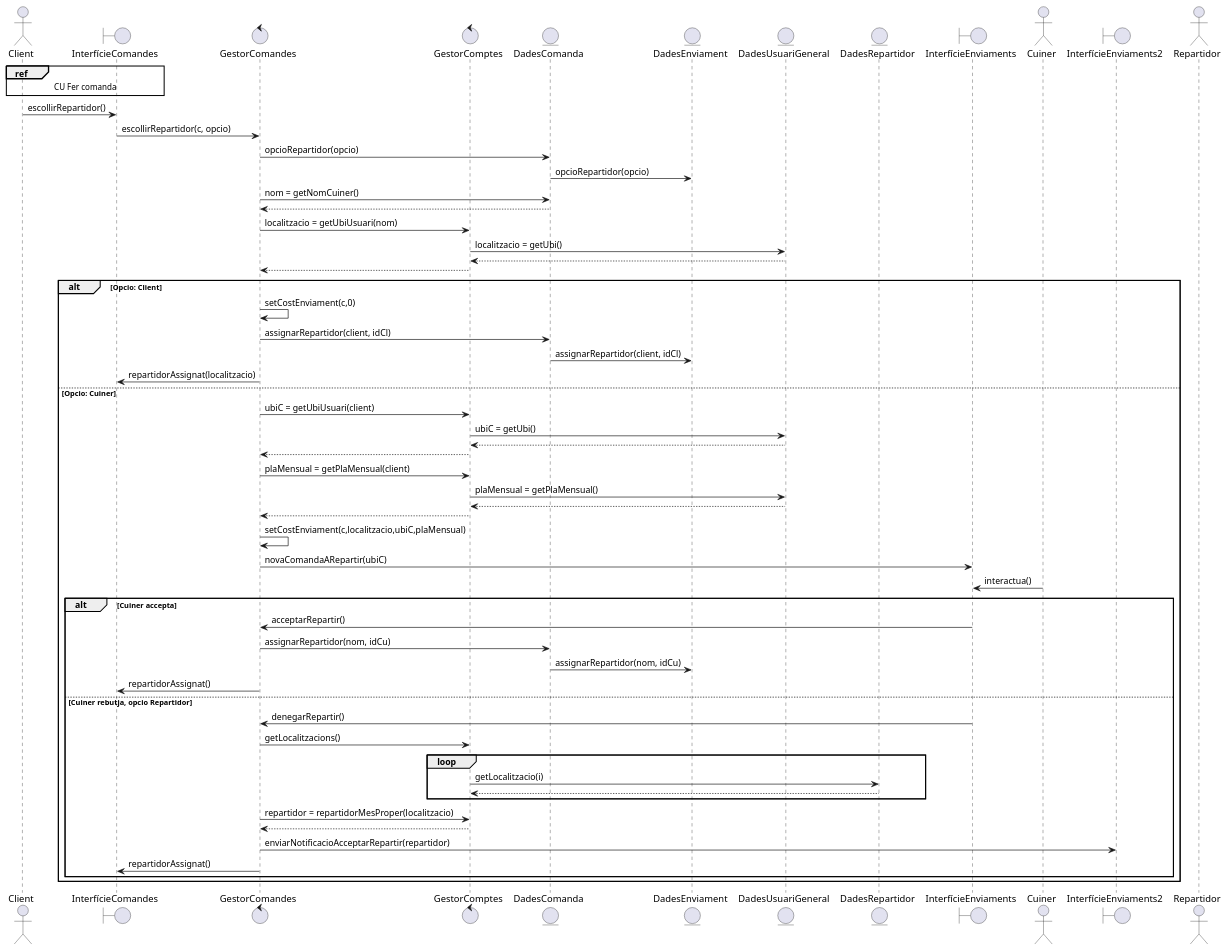
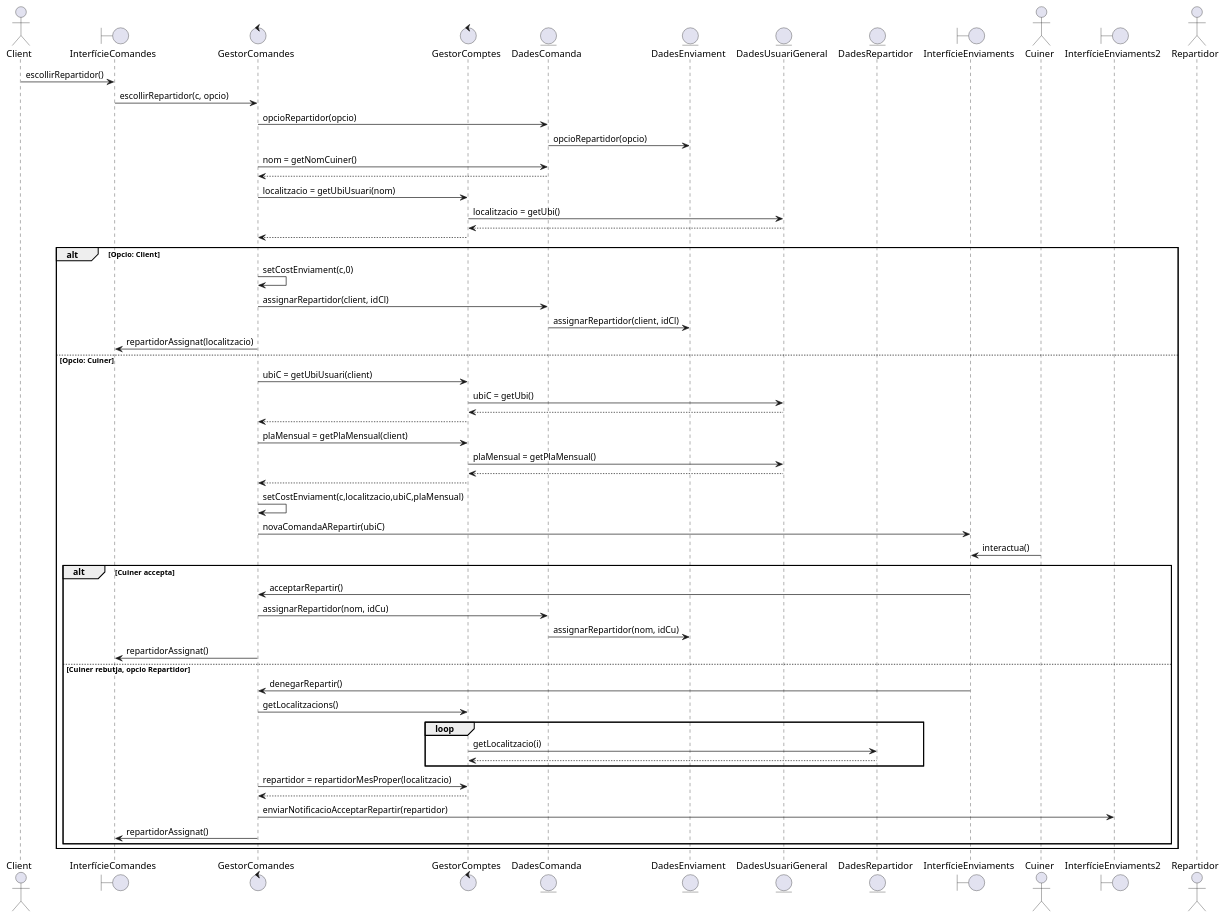
One commit to martipages/ES23UAB431-02 changed the diagram in documents/Diagrames i Especificacions/Seqüencia/Marc Sala/4. Escollir qui reparteix.puml. Above: the diagram before and after it, drawn with PlantUML. The commit also changed 6 other files, not shown here.

```diff
--- a/documents/Diagrames i Especificacions/Seqüencia/Marc Sala/4. Escollir qui reparteix.puml
+++ b/documents/Diagrames i Especificacions/Seqüencia/Marc Sala/4. Escollir qui reparteix.puml
@@ -1,76 +1,75 @@
 @startuml
 
 actor Client
 boundary InterfícieComandes
 control GestorComandes
 control GestorComptes
 entity DadesComanda
 entity DadesEnviament
 entity DadesUsuariGeneral
 entity DadesRepartidor
 boundary InterfícieEnviaments
 actor Cuiner
 boundary InterfícieEnviaments2
 actor Repartidor
 
-ref over Client, InterfícieComandes: CU Fer comanda
 
 Client -> InterfícieComandes: escollirRepartidor()
 InterfícieComandes -> GestorComandes: escollirRepartidor(c, opcio)
 GestorComandes -> DadesComanda: opcioRepartidor(opcio)
 DadesComanda -> DadesEnviament: opcioRepartidor(opcio)
 GestorComandes -> DadesComanda: nom = getNomCuiner()
 DadesComanda --> GestorComandes
 
 GestorComandes -> GestorComptes: localitzacio = getUbiUsuari(nom)
 GestorComptes -> DadesUsuariGeneral: localitzacio = getUbi()
 DadesUsuariGeneral --> GestorComptes
 GestorComptes --> GestorComandes
 
 
 alt Opcio: Client
 GestorComandes -> GestorComandes: setCostEnviament(c,0)
 GestorComandes -> DadesComanda: assignarRepartidor(client, idCl)
 DadesComanda -> DadesEnviament: assignarRepartidor(client, idCl)
 GestorComandes -> InterfícieComandes: repartidorAssignat(localitzacio)
 
 else Opcio: Cuiner
 GestorComandes -> GestorComptes: ubiC = getUbiUsuari(client)
 GestorComptes -> DadesUsuariGeneral: ubiC = getUbi()
 DadesUsuariGeneral --> GestorComptes
 GestorComptes --> GestorComandes
 GestorComandes -> GestorComptes: plaMensual = getPlaMensual(client)
 GestorComptes -> DadesUsuariGeneral: plaMensual = getPlaMensual()
 DadesUsuariGeneral --> GestorComptes
 GestorComptes --> GestorComandes
 
 GestorComandes -> GestorComandes: setCostEnviament(c,localitzacio,ubiC,plaMensual)
 GestorComandes -> InterfícieEnviaments: novaComandaARepartir(ubiC)
 Cuiner -> InterfícieEnviaments: interactua()
 
 alt Cuiner accepta
 InterfícieEnviaments -> GestorComandes: acceptarRepartir()
 GestorComandes -> DadesComanda: assignarRepartidor(nom, idCu)
 DadesComanda -> DadesEnviament: assignarRepartidor(nom, idCu)
 GestorComandes -> InterfícieComandes: repartidorAssignat()
 
 else Cuiner rebutja, opcio Repartidor
 InterfícieEnviaments -> GestorComandes: denegarRepartir()
 GestorComandes -> GestorComptes: getLocalitzacions()
 
 loop
 GestorComptes -> DadesRepartidor: getLocalitzacio(i)
 DadesRepartidor --> GestorComptes
 end
 
 GestorComandes -> GestorComptes: repartidor = repartidorMesProper(localitzacio)
 GestorComptes --> GestorComandes
 GestorComandes -> InterfícieEnviaments2: enviarNotificacioAcceptarRepartir(repartidor)
 GestorComandes -> InterfícieComandes: repartidorAssignat()
 end
 end
 
 
 
 
 @enduml
```
